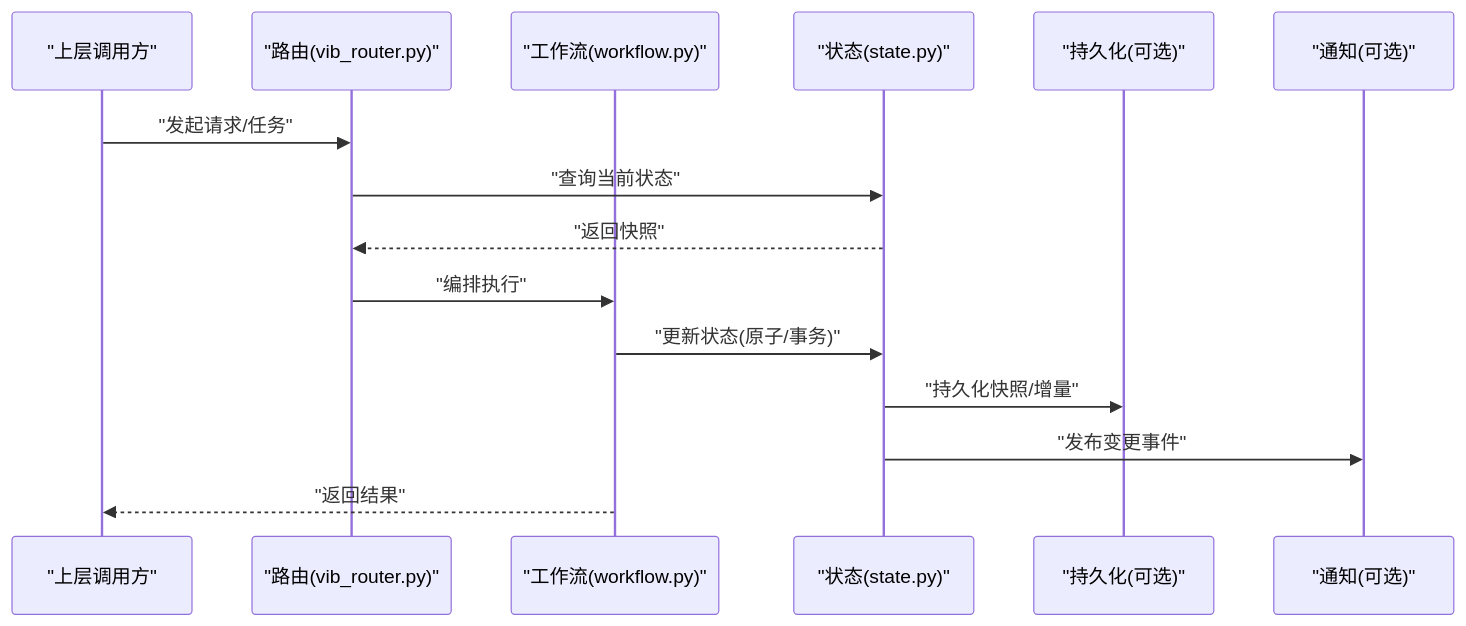
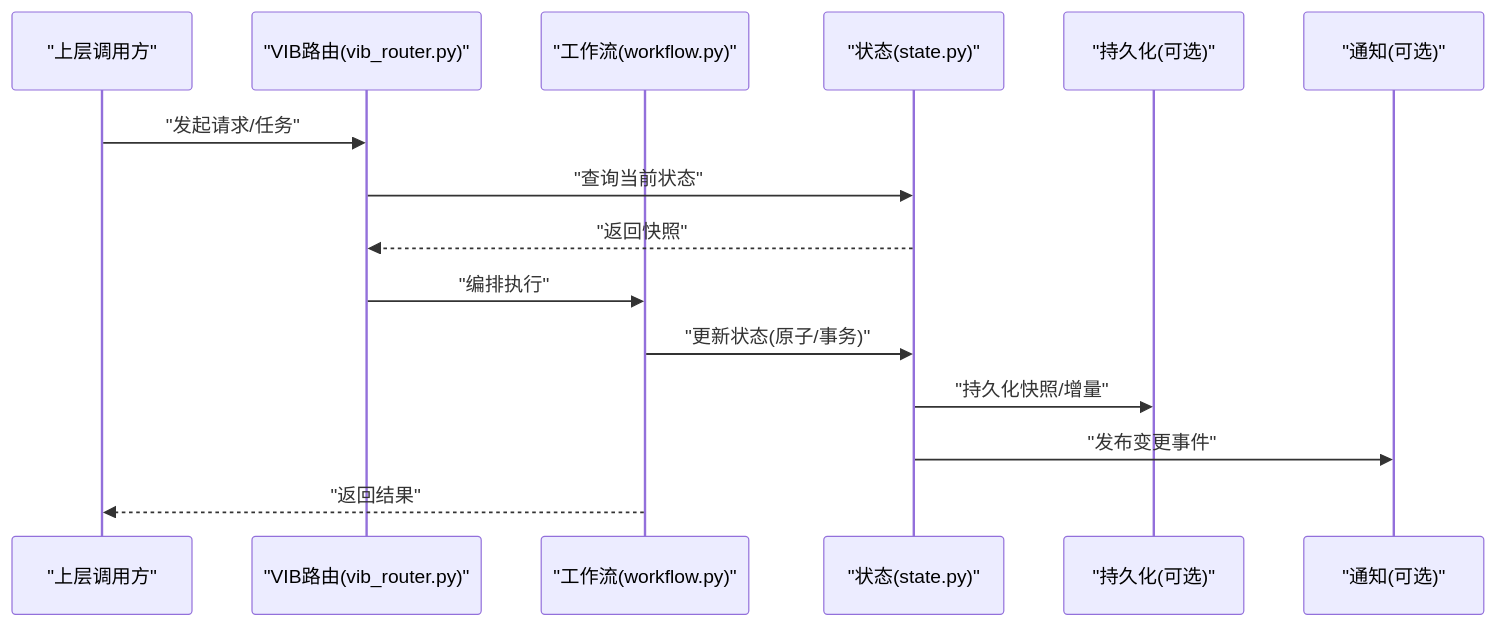
One commit to QuStarry/VIB-SparseCommunication changed the third of 4 diagrams in .qoder/repowiki/zh/content/核心架构/状态管理模块.md. Above: the diagram before and after it, drawn with Mermaid. The commit also changed other lines of this file and 28 other files, not shown here.

````diff
--- a/.qoder/repowiki/zh/content/核心架构/状态管理模块.md
+++ b/.qoder/repowiki/zh/content/核心架构/状态管理模块.md
@@ -152,17 +177,17 @@
 ```mermaid
 sequenceDiagram
 participant U as "上层调用方"
-participant R as "路由(vib_router.py)"
+participant R as "VIB路由(vib_router.py)"
 participant WF as "工作流(workflow.py)"
 participant ST as "状态(state.py)"
 participant PS as "持久化(可选)"
 participant NB as "通知(可选)"
 U->>R : "发起请求/任务"
 R->>ST : "查询当前状态"
 ST-->>R : "返回快照"
 R->>WF : "编排执行"
 WF->>ST : "更新状态(原子/事务)"
 ST->>PS : "持久化快照/增量"
 ST->>NB : "发布变更事件"
 WF-->>U : "返回结果"
 ```
````
